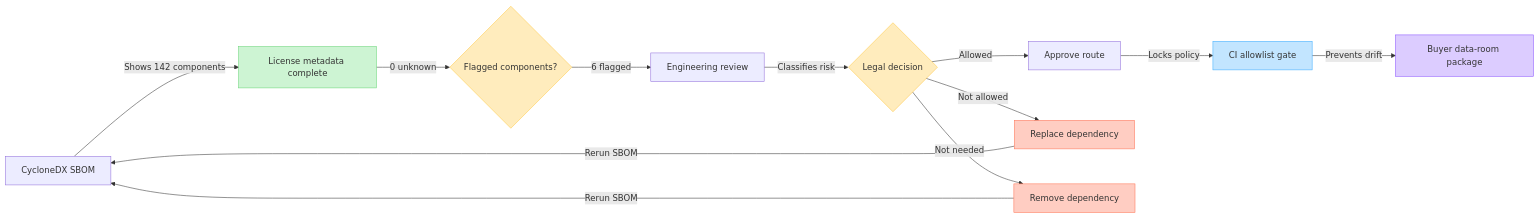
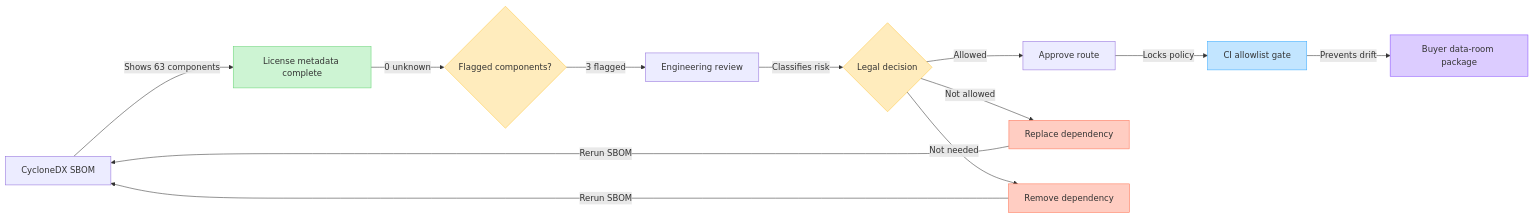
One commit to ContextualWisdomLab/clearfolio changed the tenth of 19 diagrams in docs/design/2026-07-02-buyer-demo-kpi-figjam-handoff.md. Above: the diagram before and after it, drawn with Mermaid. The commit also changed 21 other files, not shown here.

````diff
--- a/docs/design/2026-07-02-buyer-demo-kpi-figjam-handoff.md
+++ b/docs/design/2026-07-02-buyer-demo-kpi-figjam-handoff.md
@@ -577,33 +577,33 @@
 ```mermaid
 flowchart LR
     sbom["CycloneDX SBOM"]
     metadata["License metadata complete"]
     flagged{"Flagged components?"}
     review["Engineering review"]
     legal{"Legal decision"}
     approve["Approve route"]
     replace["Replace dependency"]
     remove["Remove dependency"]
     gate["CI allowlist gate"]
     buyer["Buyer data-room package"]
 
-    sbom -->|"Shows 142 components"| metadata
+    sbom -->|"Shows 63 components"| metadata
     metadata -->|"0 unknown"| flagged
-    flagged -->|"6 flagged"| review
+    flagged -->|"3 flagged"| review
     review -->|"Classifies risk"| legal
     legal -->|"Allowed"| approve
     legal -->|"Not allowed"| replace
     legal -->|"Not needed"| remove
     approve -->|"Locks policy"| gate
     replace -->|"Rerun SBOM"| sbom
     remove -->|"Rerun SBOM"| sbom
     gate -->|"Prevents drift"| buyer
 
     style metadata fill:#CDF4D3,stroke:#66D575
     style flagged fill:#FFECBD,stroke:#FFC943
     style legal fill:#FFECBD,stroke:#FFC943
     style replace fill:#FFCDC2,stroke:#FF7556
     style remove fill:#FFCDC2,stroke:#FF7556
     style gate fill:#C2E5FF,stroke:#3DADFF
     style buyer fill:#DCCCFF,stroke:#874FFF
 ```
````
